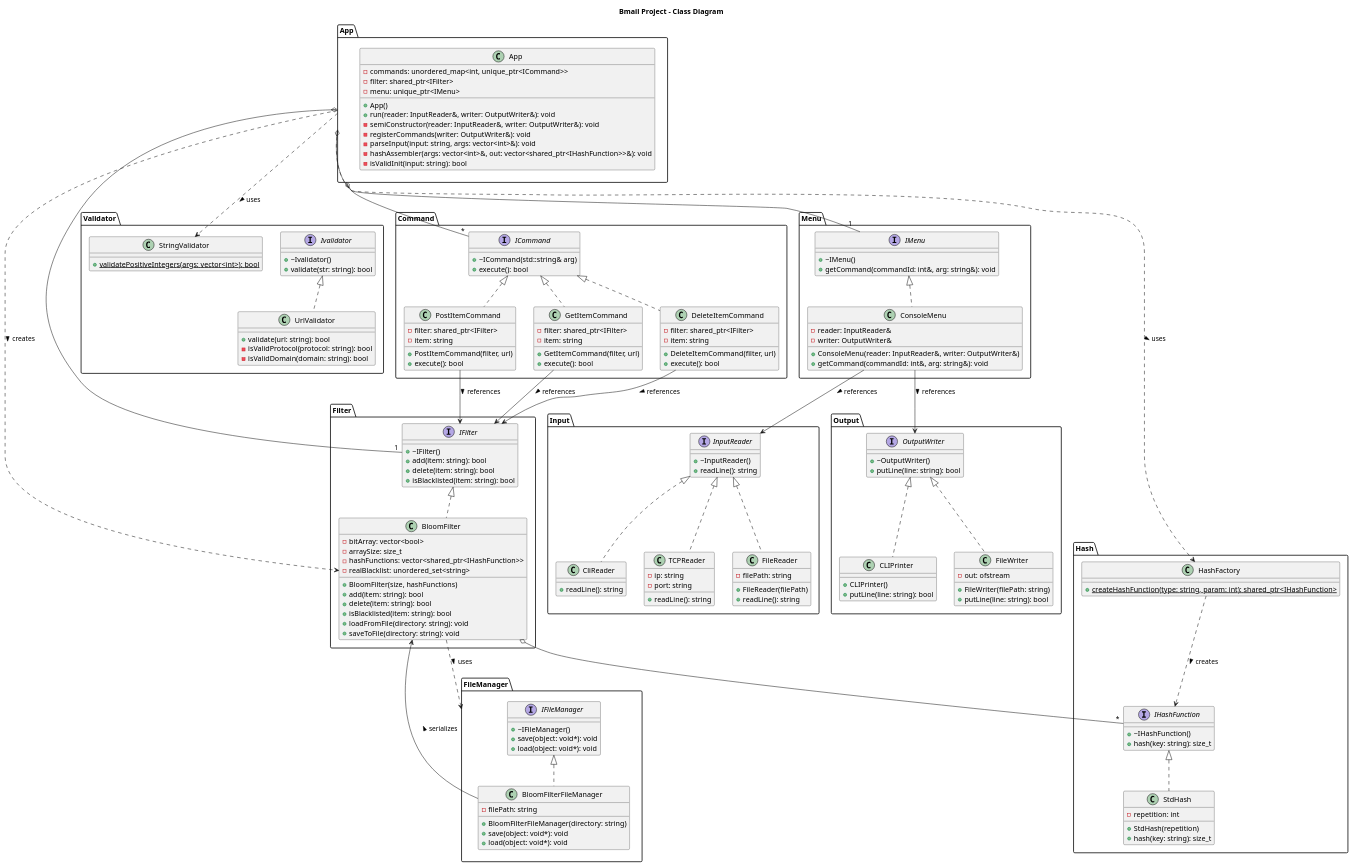
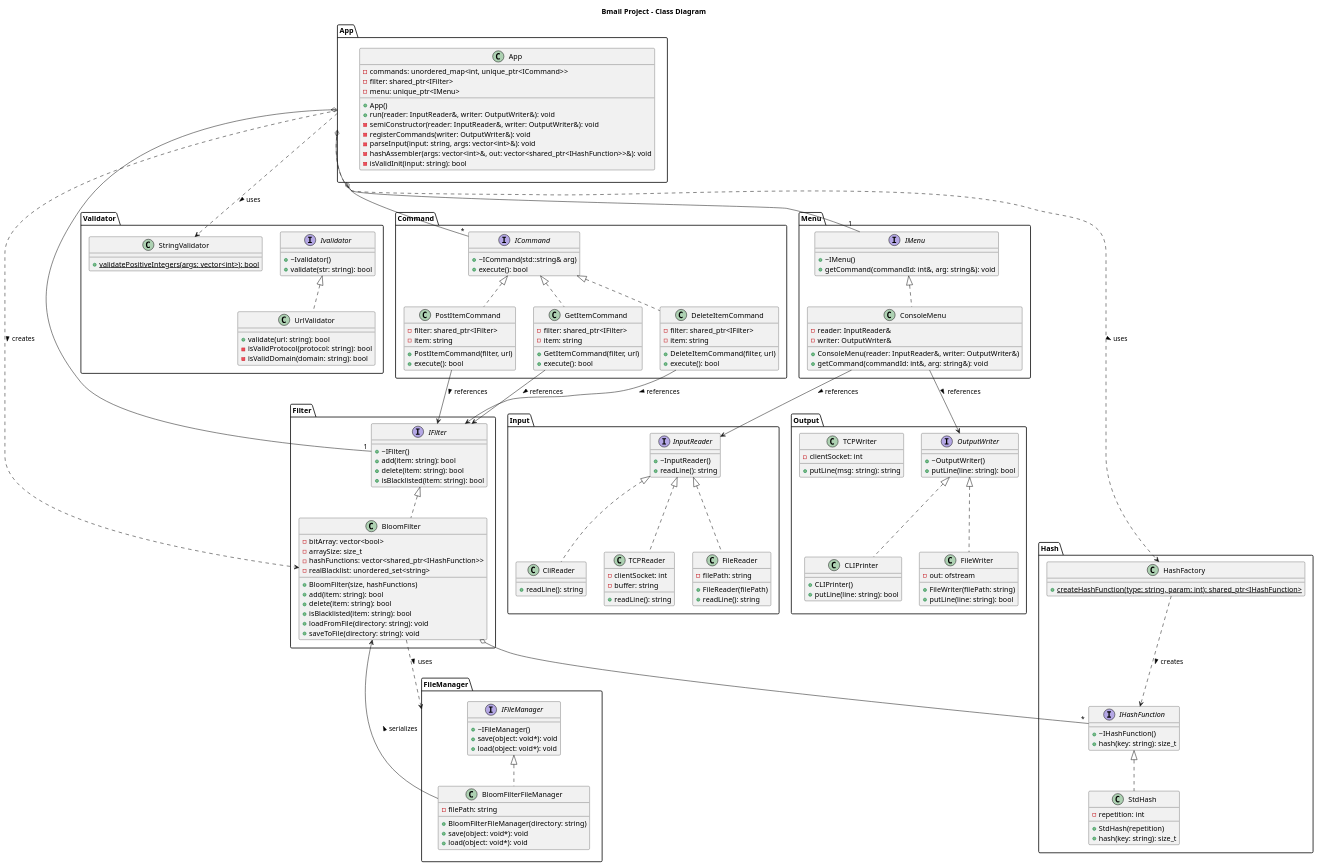
Before and after one commit to nav1s/Bmail: the diagram in assets/bmail-uml-diagram.puml, drawn with PlantUML. The commit also changed 3 other files, not shown here.

Commit message:
add TCPWriter and TCPReader to the uml diagram

```diff
--- a/assets/bmail-uml-diagram.puml
+++ b/assets/bmail-uml-diagram.puml
@@ -109,8 +109,8 @@
   }
   
   class TCPReader {
-    - ip: string
-    - port: string
+    - clientSocket: int
+    - buffer: string
     + readLine(): string
   }
 
@@ -169,6 +169,11 @@
     + FileWriter(filePath: string)
     + putLine(line: string): bool
   }
+
+  class TCPWriter {
+    - clientSocket: int
+    + putLine(msg: string): string
+  }
 }
 
 ' Inheritance relationships
```
